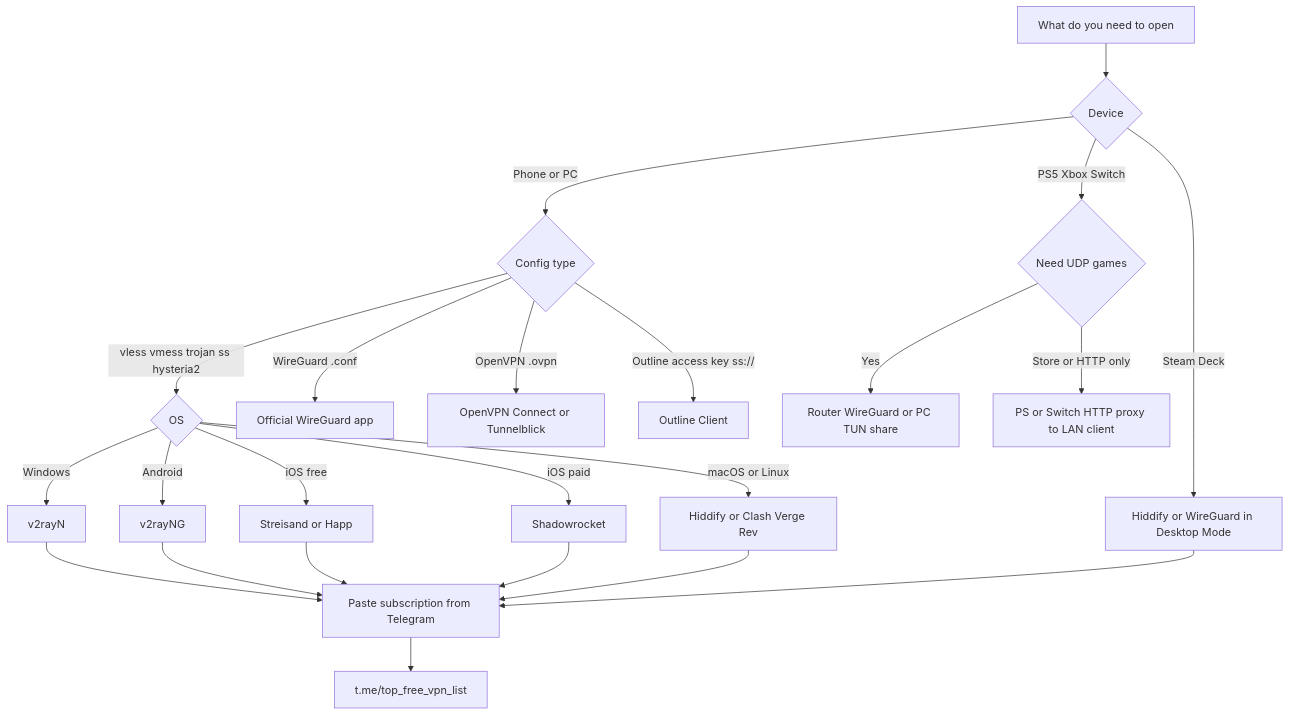
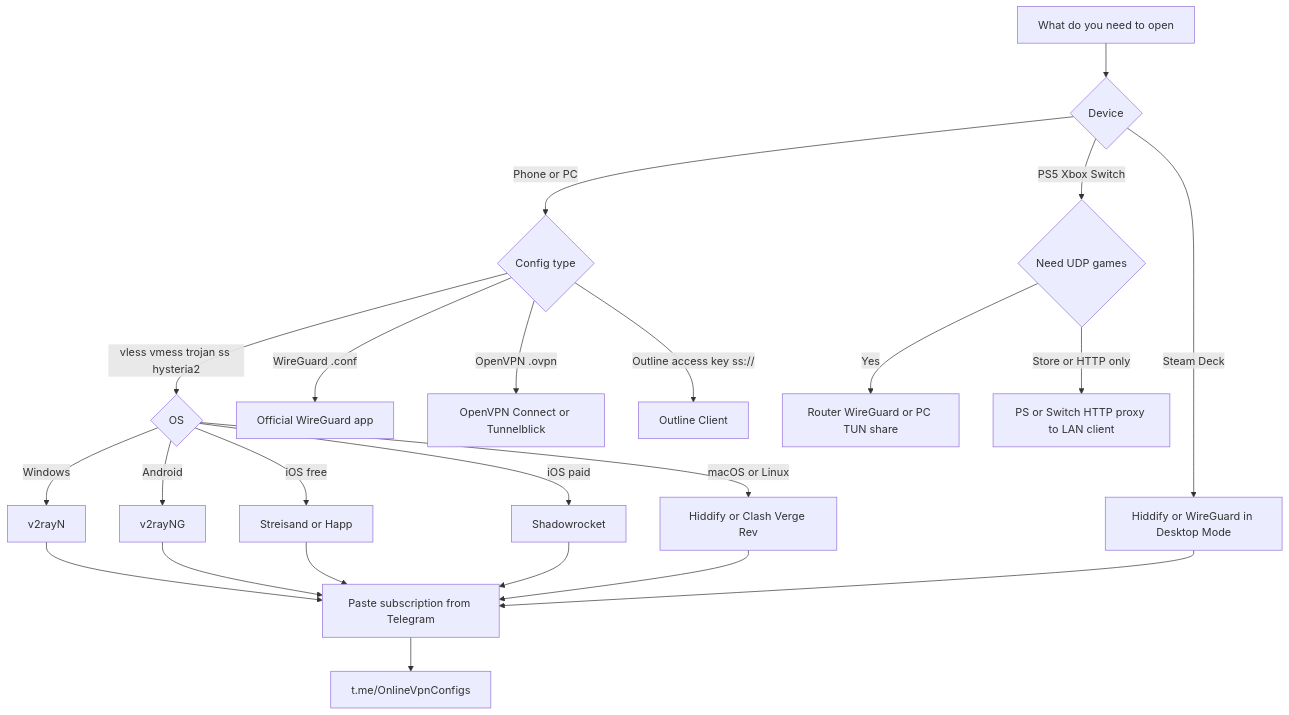
One commit to freeVpnMan/awesome-vpn-clients changed the diagram in README.md. Above: the diagram before and after it, drawn with Mermaid. The commit also changed other lines of this file, not shown here.

````diff
--- a/README.md
+++ b/README.md
@@ -95,25 +95,25 @@
 ```mermaid
 flowchart TD
   A[What do you need to open] --> B{Device}
   B -->|Phone or PC| C{Config type}
   B -->|PS5 Xbox Switch| N{Need UDP games}
   B -->|Steam Deck| P[Hiddify or WireGuard in Desktop Mode]
   C -->|vless vmess trojan ss hysteria2| D{OS}
   C -->|WireGuard .conf| E[Official WireGuard app]
   C -->|OpenVPN .ovpn| F[OpenVPN Connect or Tunnelblick]
   C -->|Outline access key ss://| G[Outline Client]
   D -->|Windows| H[v2rayN]
   D -->|Android| I[v2rayNG]
   D -->|iOS free| J[Streisand or Happ]
   D -->|iOS paid| K[Shadowrocket]
   D -->|macOS or Linux| L[Hiddify or Clash Verge Rev]
   N -->|Yes| O[Router WireGuard or PC TUN share]
   N -->|Store or HTTP only| Q[PS or Switch HTTP proxy to LAN client]
   H --> R[Paste subscription from Telegram]
   I --> R
   J --> R
   K --> R
   L --> R
   P --> R
-  R --> S["t.me/top_free_vpn_list"]
+  R --> S["t.me/OnlineVpnConfigs"]
 ```
````
